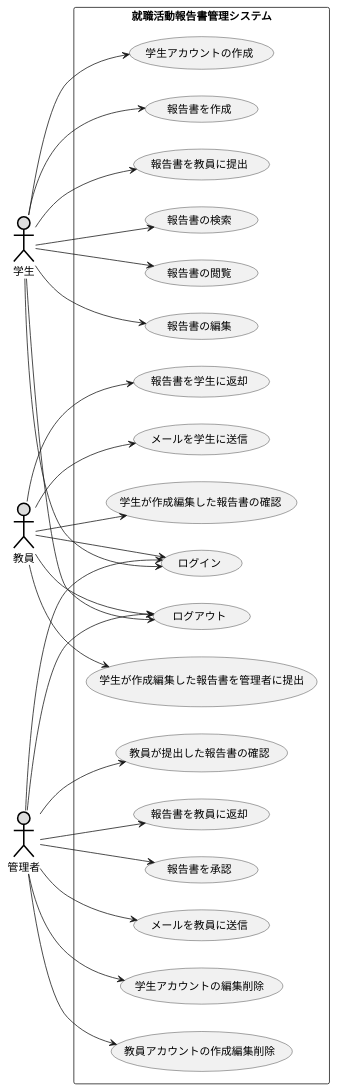
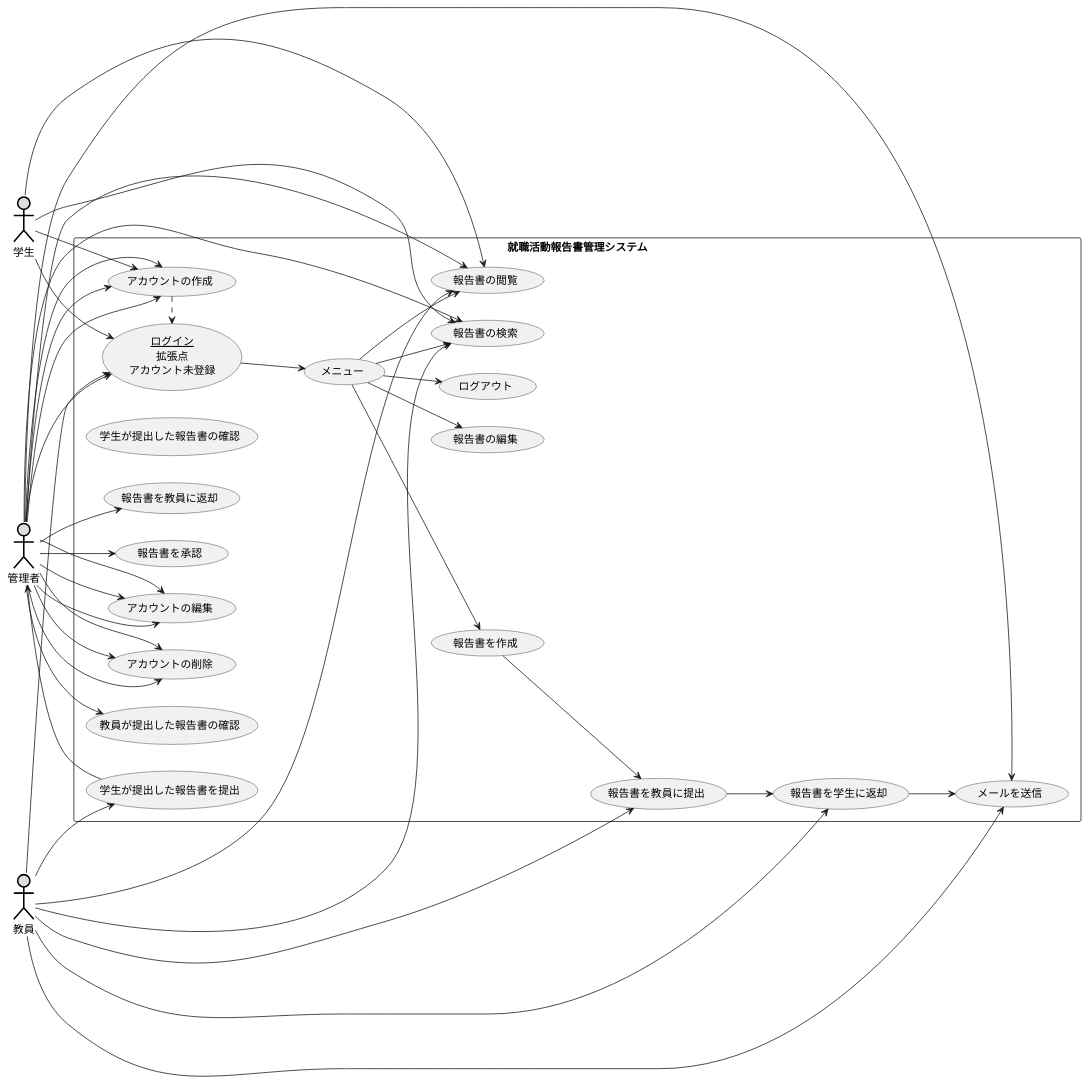
One commit to shinichiro2631/uml_intro changed the diagram in 就職活動報告書管理システム.pu. Above: the diagram before and after it, drawn with PlantUML. The commit also changed 2 other files, not shown here.

```diff
--- a/就職活動報告書管理システム.pu
+++ b/就職活動報告書管理システム.pu
@@ -1,49 +1,65 @@
 @startuml
 left to right direction
 actor 学生 #DDDDDD;line:black;line.bold;
 actor 教員 #DDDDDD;line:black;line.bold;
 actor 管理者 #DDDDDD;line:black;line.bold;
 rectangle 就職活動報告書管理システム {
-    usecase 学生アカウントの作成
-    usecase ログイン
     usecase ログアウト
+    usecase メニュー
     usecase 報告書を作成
     usecase 報告書を教員に提出
     usecase 報告書の検索
     usecase 報告書の閲覧
     usecase 報告書の編集
-    usecase 学生が作成編集した報告書の確認
-    usecase 学生が作成編集した報告書を管理者に提出
+    usecase 学生が提出した報告書の確認
+    usecase 学生が提出した報告書を提出
     usecase 報告書を学生に返却
-    usecase メールを学生に送信
+    usecase メールを送信
     usecase 教員が提出した報告書の確認
     usecase 報告書を教員に返却
     usecase 報告書を承認
-    usecase メールを教員に送信
-    usecase 学生アカウントの編集削除
-    usecase 教員アカウントの作成編集削除
+    usecase アカウントの作成
+    usecase アカウントの編集
+    usecase アカウントの削除
+    usecase (<u>ログイン</u>\n拡張点\nアカウント未登録) as input_login
     }
-学生 --> 学生アカウントの作成
-学生 --> ログイン
-学生 --> ログアウト
-学生 --> 報告書を作成
-学生 --> 報告書を教員に提出
+学生 --> アカウントの作成
+学生 --> input_login
 学生 --> 報告書の検索
 学生 --> 報告書の閲覧
-学生 --> 報告書の編集
-教員 --> ログイン
-教員 --> ログアウト
-教員 --> 学生が作成編集した報告書の確認
-教員 --> 学生が作成編集した報告書を管理者に提出
+教員 --> input_login
+教員 --> 報告書の検索
+教員 --> 報告書の閲覧
+教員 --> 報告書を教員に提出
+教員 --> 学生が提出した報告書を提出
 教員 --> 報告書を学生に返却
-教員 --> メールを学生に送信
-管理者 --> ログイン
-管理者 --> ログアウト
+教員 --> メールを送信
+管理者 --> input_login
+管理者 --> 報告書の検索
+管理者 --> 報告書の閲覧
 管理者 --> 教員が提出した報告書の確認
 管理者 --> 報告書を教員に返却
 管理者 --> 報告書を承認
-管理者 --> メールを教員に送信
-管理者 --> 学生アカウントの編集削除
-管理者 --> 教員アカウントの作成編集削除
+管理者 --> メールを送信
+管理者 --> アカウントの作成
+管理者 --> アカウントの編集
+管理者 --> アカウントの削除
+管理者 --> アカウントの作成
+管理者 --> アカウントの編集
+管理者 --> アカウントの削除
+管理者 --> アカウントの作成
+管理者 --> アカウントの編集
+管理者 --> アカウントの削除
+アカウントの作成 .> input_login
+報告書を作成 --> 報告書を教員に提出
+input_login --> メニュー
+メニュー --> ログアウト
+メニュー --> 報告書の検索
+メニュー --> 報告書の閲覧
+メニュー --> 報告書を作成
+メニュー --> 報告書の編集
+報告書を教員に提出 --> 報告書を学生に返却
+報告書を学生に返却 --> メールを送信
+学生が提出した報告書を提出 --> 管理者
 
 @enduml
```
